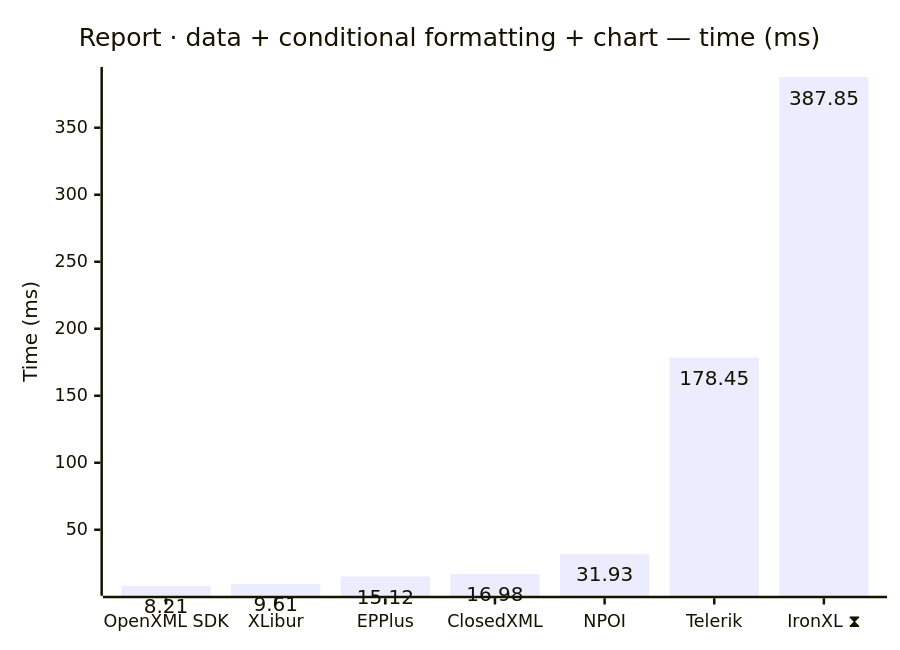
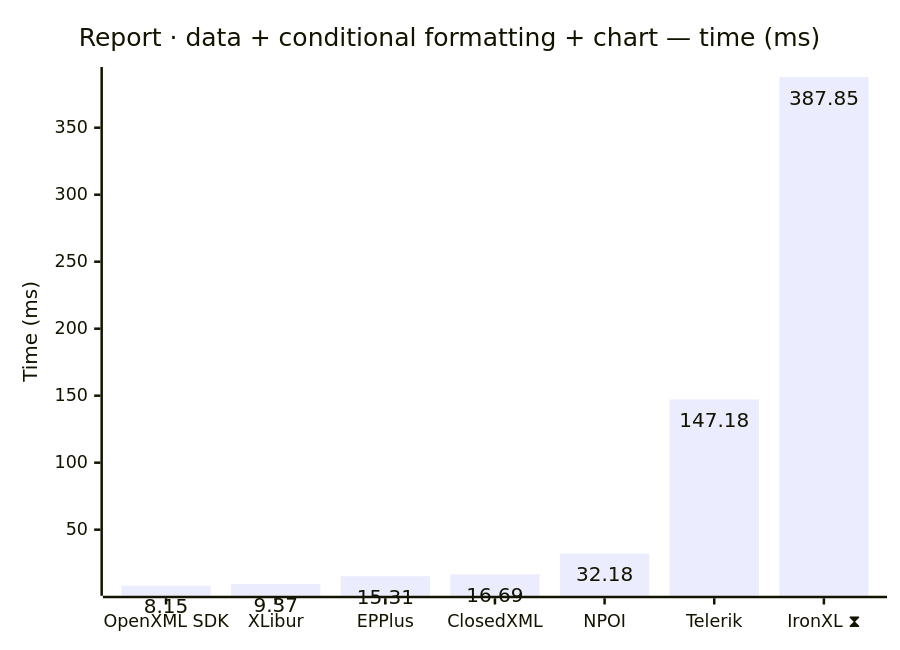
The seventh of 12 diagrams in docs/results.md (jafin/XLBench), drawn with Mermaid before and after one commit. The commit also changed other lines of this file and 4 other files, not shown here.

````diff
--- a/docs/results.md
+++ b/docs/results.md
@@ -118,12 +118,12 @@
 ```mermaid
 ---
 config:
   xyChart:
     showDataLabel: true
 ---
 xychart-beta
     title "Report · data + conditional formatting + chart — time (ms)"
     x-axis ["OpenXML SDK", "XLibur", "EPPlus", "ClosedXML", "NPOI", "Telerik", "IronXL ⧗"]
     y-axis "Time (ms)"
-    bar [8.21, 9.61, 15.12, 16.98, 31.93, 178.45, 387.85]
+    bar [8.15, 9.37, 15.31, 16.69, 32.18, 147.18, 387.85]
 ```
````
